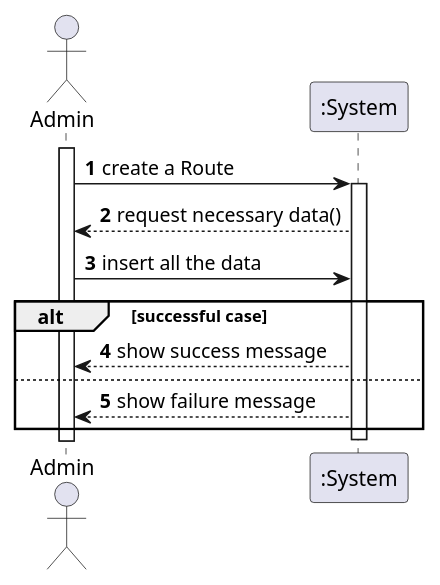
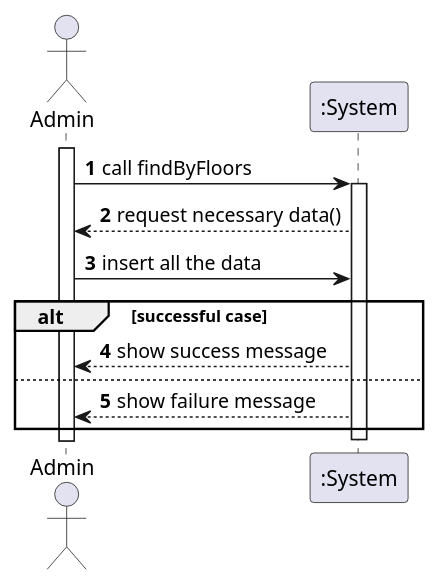
Before and after one commit to NunoTeixeiraMota/ProjetoIntegrador24: the diagram in docs/1200941/US180/Level1.puml, drawn with PlantUML. The commit also changed 11 other files, not shown here.

Commit message:
Changes to SINTAX of diagrams

```diff
--- a/docs/1200941/US180/Level1.puml
+++ b/docs/1200941/US180/Level1.puml
@@ -1,22 +1,22 @@
 @startuml
 autonumber
 'hide footbox
 actor "Admin" as admin
 
 participant ":System" as sys
 
 activate admin
 
-admin -> sys: create a Route
+admin -> sys: call findByFloors
 activate sys
 
 sys --> admin: request necessary data()
 admin -> sys : insert all the data
 
 alt successful case
     sys --> admin: show success message
 else
     sys --> admin: show failure message
 end
 deactivate sys
 @enduml
```
